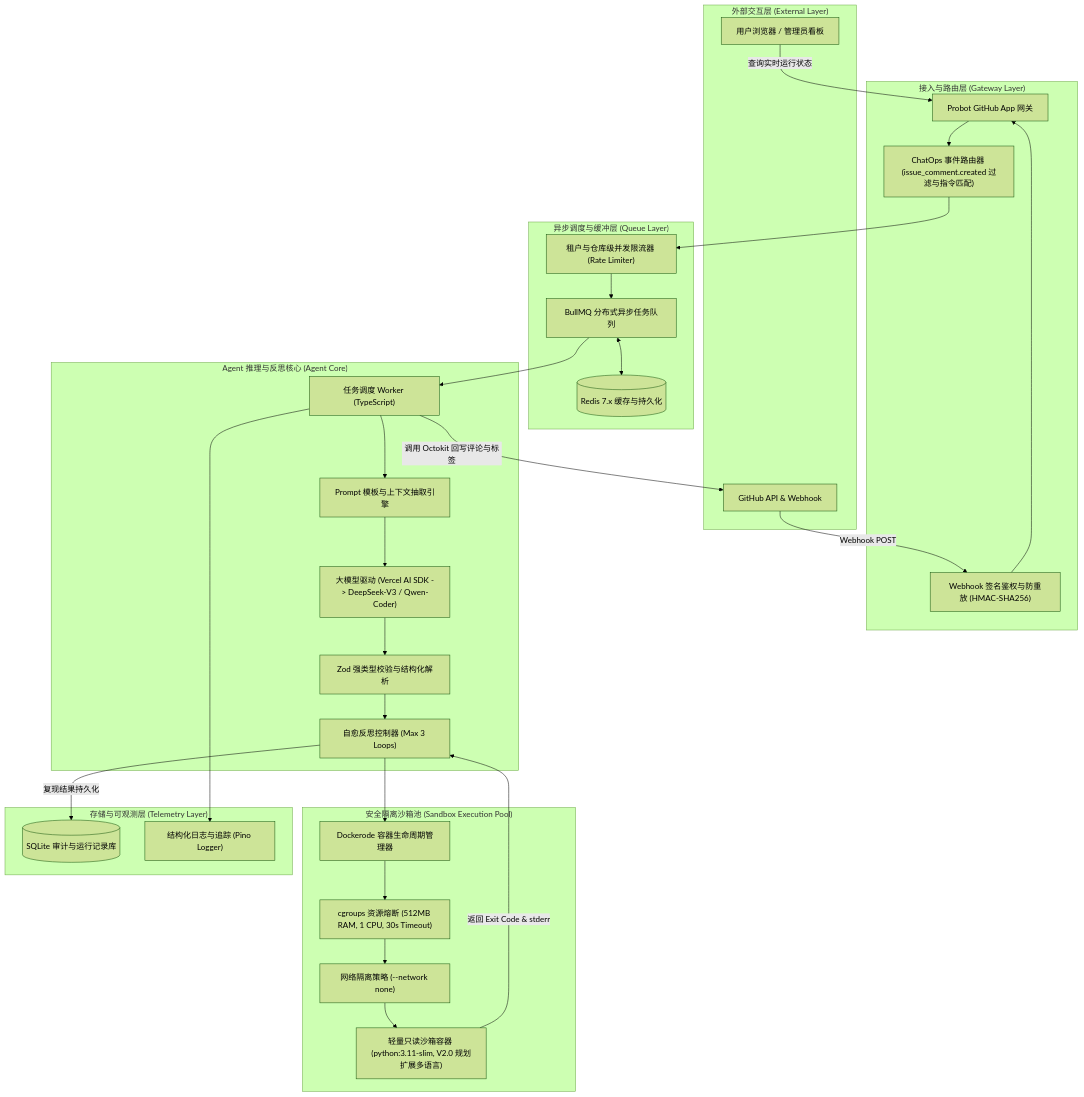
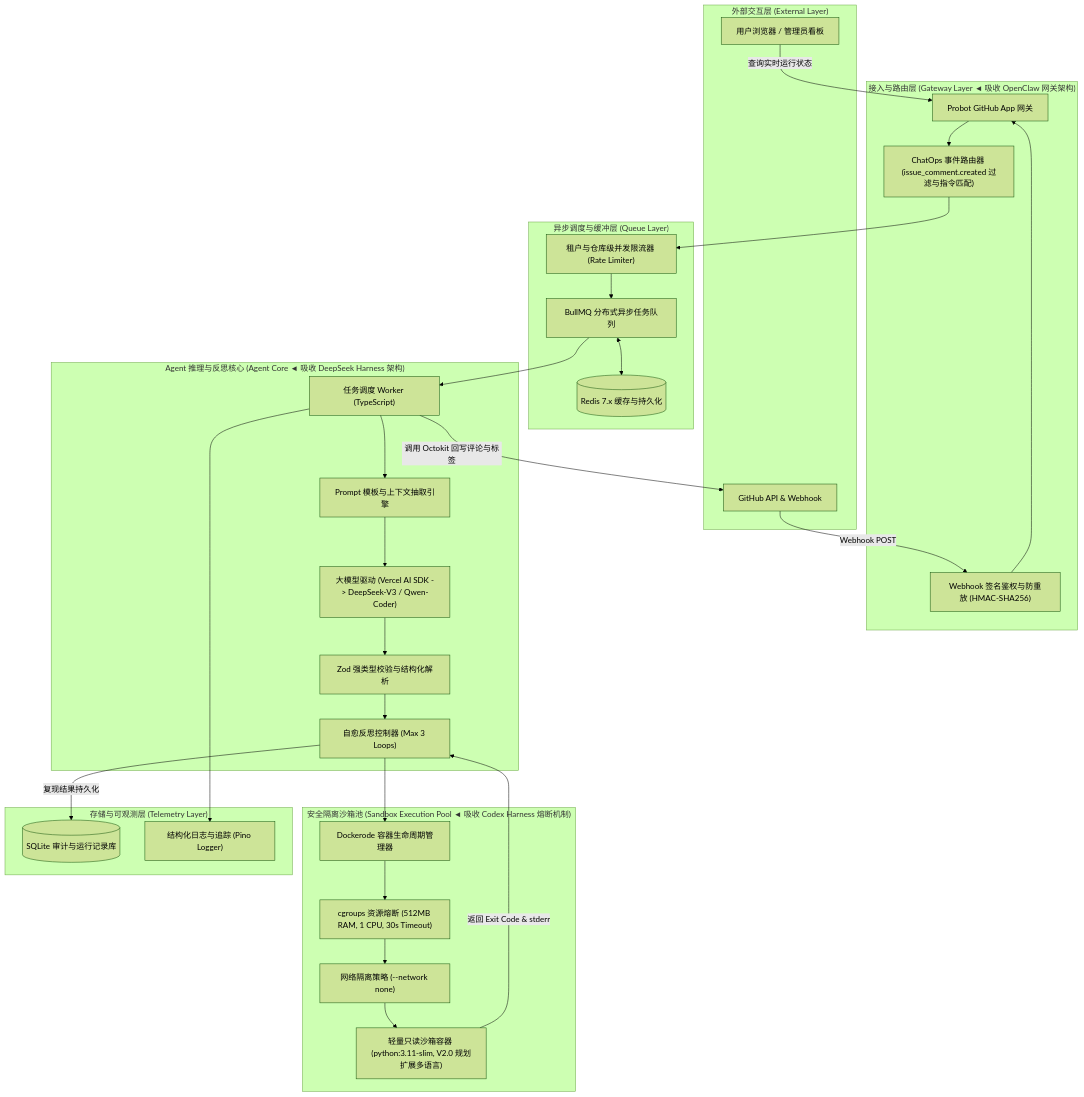
One commit to ddddxz/repoclaw changed the second of 3 diagrams in docs/architecture.md. Above: the diagram before and after it, drawn with Mermaid (forest theme). The commit also changed 25 other files, not shown here.

````diff
--- a/docs/architecture.md
+++ b/docs/architecture.md
@@ -63,64 +63,64 @@
 ```mermaid
 flowchart TD
     subgraph External ["外部交互层 (External Layer)"]
         UserBrowser["用户浏览器 / 管理员看板"]
         GitHubPlatform["GitHub API & Webhook"]
     end
 
-    subgraph Gateway ["接入与路由层 (Gateway Layer)"]
+    subgraph Gateway ["接入与路由层 (Gateway Layer ◄ 吸收 OpenClaw 网关架构)"]
         ProbotApp["Probot GitHub App 网关"]
         SignatureGuard["Webhook 签名鉴权与防重放 (HMAC-SHA256)"]
         EventRouter["ChatOps 事件路由器 (issue_comment.created 过滤与指令匹配)"]
     end
 
     subgraph Queue ["异步调度与缓冲层 (Queue Layer)"]
         RedisServer[("Redis 7.x 缓存与持久化")]
         BullMQueue["BullMQ 分布式异步任务队列"]
         RateLimiter["租户与仓库级并发限流器 (Rate Limiter)"]
     end
 
-    subgraph AgentCore ["Agent 推理与反思核心 (Agent Core)"]
+    subgraph AgentCore ["Agent 推理与反思核心 (Agent Core ◄ 吸收 DeepSeek Harness 架构)"]
         WorkerScheduler["任务调度 Worker (TypeScript)"]
         PromptEngine["Prompt 模板与上下文抽取引擎"]
         ZodValidator["Zod 强类型校验与结构化解析"]
         LLMProvider["大模型驱动 (Vercel AI SDK -> DeepSeek-V3 / Qwen-Coder)"]
         ReflectionController["自愈反思控制器 (Max 3 Loops)"]
     end
 
-    subgraph SandboxPool ["安全隔离沙箱池 (Sandbox Execution Pool)"]
+    subgraph SandboxPool ["安全隔离沙箱池 (Sandbox Execution Pool ◄ 吸收 Codex Harness 熔断机制)"]
         DockerodeMgr["Dockerode 容器生命周期管理器"]
         cgroupsGuard["cgroups 资源熔断 (512MB RAM, 1 CPU, 30s Timeout)"]
         NetworkIsolated["网络隔离策略 (--network none)"]
         EphemeralContainers["轻量只读沙箱容器 (python:3.11-slim, V2.0 规划扩展多语言)"]
     end
 
     subgraph StorageTelemetry ["存储与可观测层 (Telemetry Layer)"]
         SQLiteDB[("SQLite 审计与运行记录库")]
         LoggerEngine["结构化日志与追踪 (Pino Logger)"]
     end
 
     GitHubPlatform -->|Webhook POST| SignatureGuard
     SignatureGuard --> ProbotApp
     ProbotApp --> EventRouter
     EventRouter --> RateLimiter
     RateLimiter --> BullMQueue
     BullMQueue <--> RedisServer
 
     BullMQueue --> WorkerScheduler
     WorkerScheduler --> PromptEngine
     PromptEngine --> LLMProvider
     LLMProvider --> ZodValidator
     ZodValidator --> ReflectionController
 
     ReflectionController --> DockerodeMgr
     DockerodeMgr --> cgroupsGuard
     cgroupsGuard --> NetworkIsolated
     NetworkIsolated --> EphemeralContainers
 
     EphemeralContainers -->|返回 Exit Code & stderr| ReflectionController
     ReflectionController -->|复现结果持久化| SQLiteDB
     WorkerScheduler -->|调用 Octokit 回写评论与标签| GitHubPlatform
 
     UserBrowser -->|查询实时运行状态| ProbotApp
     WorkerScheduler --> LoggerEngine
 ```
````
